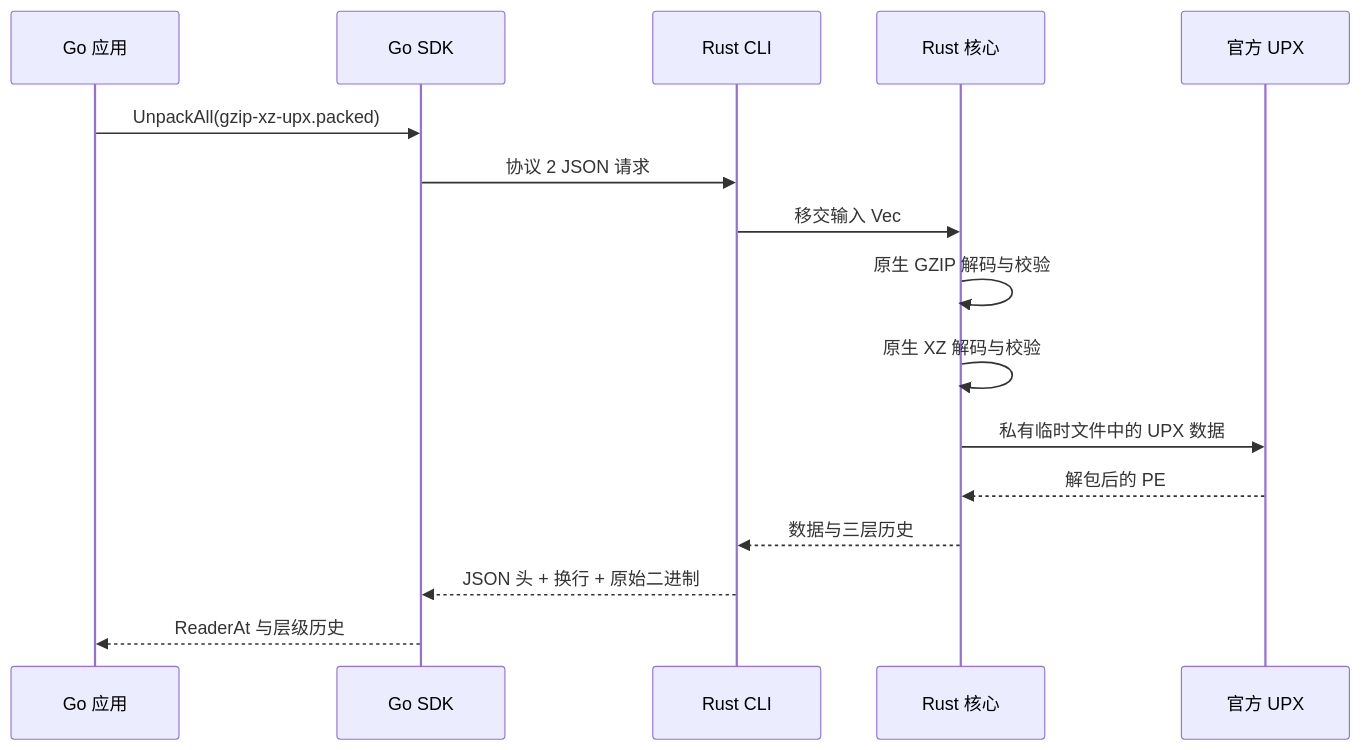
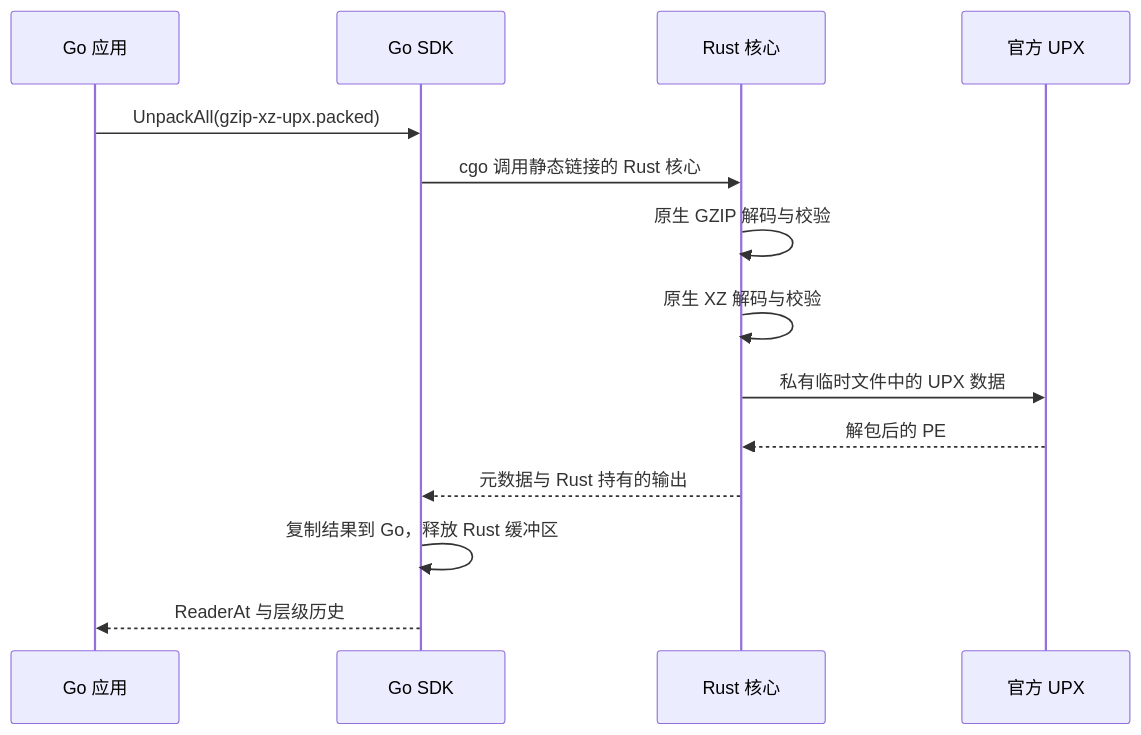
One commit to orca-zhang/unpack changed the diagram in docs/REPORT.md. Above: the diagram before and after it, drawn with Mermaid. The commit also changed other lines of this file and 63 other files, not shown here.

````diff
--- a/docs/REPORT.md
+++ b/docs/REPORT.md
@@ -42,18 +42,16 @@
 ```mermaid
 sequenceDiagram
     participant App as Go 应用
     participant SDK as Go SDK
-    participant CLI as Rust CLI
     participant Core as Rust 核心
     participant UPX as 官方 UPX
     App->>SDK: UnpackAll(gzip-xz-upx.packed)
-    SDK->>CLI: 协议 2 JSON 请求
-    CLI->>Core: 移交输入 Vec
+    SDK->>Core: cgo 调用静态链接的 Rust 核心
     Core->>Core: 原生 GZIP 解码与校验
     Core->>Core: 原生 XZ 解码与校验
     Core->>UPX: 私有临时文件中的 UPX 数据
     UPX-->>Core: 解包后的 PE
-    Core-->>CLI: 数据与三层历史
-    CLI-->>SDK: JSON 头 + 换行 + 原始二进制
+    Core-->>SDK: 元数据与 Rust 持有的输出
+    SDK->>SDK: 复制结果到 Go，释放 Rust 缓冲区
     SDK-->>App: ReaderAt 与层级历史
 ```
````
